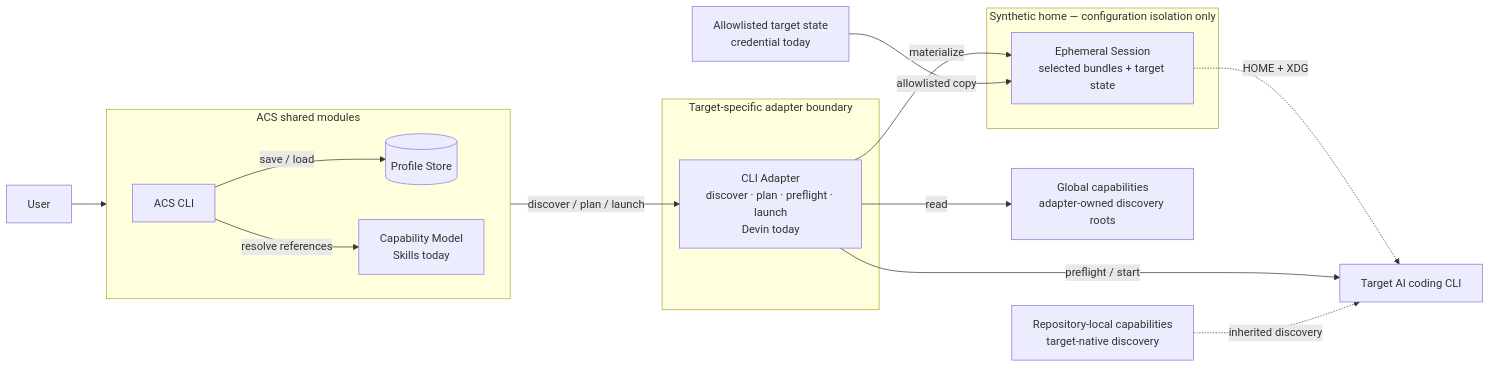
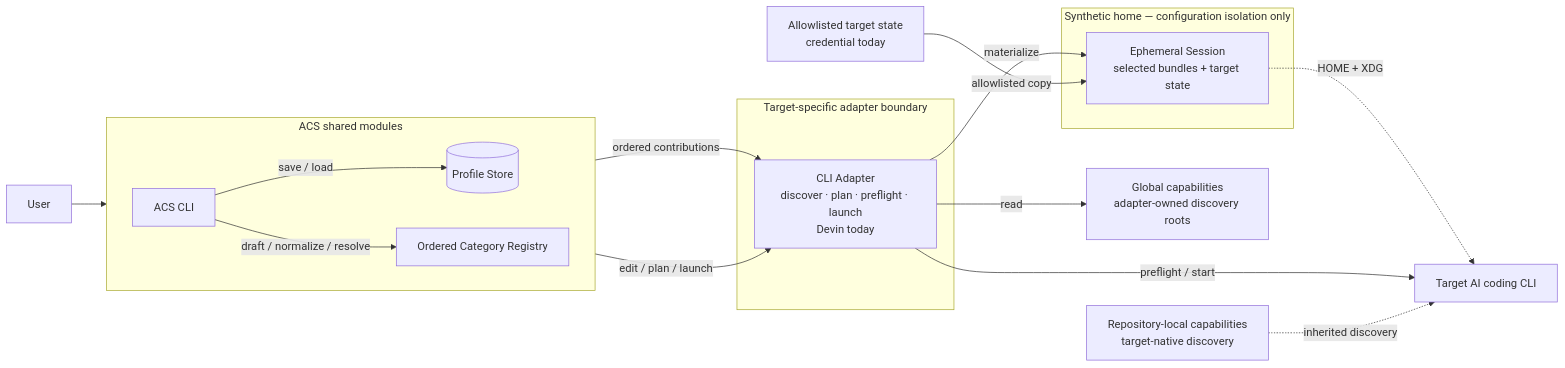
The first of 2 diagrams in docs/architecture.md (alcimerio/ai-config-selector), drawn with Mermaid before and after one commit. The commit also changed other lines of this file and 16 other files, not shown here.

First line of the commit message:
feat(profile): route execution through category registry (#25)

````diff
--- a/docs/architecture.md
+++ b/docs/architecture.md
@@ -70,37 +81,38 @@
 ```mermaid
 flowchart LR
     User[User]
 
     subgraph Core[ACS shared modules]
         direction LR
         CLI[ACS CLI]
         Profiles[(Profile Store)]
-        Capabilities[Capability Model<br/>Skills today]
+        Registry[Ordered Category Registry]
 
         CLI -->|save / load| Profiles
-        CLI -->|resolve references| Capabilities
+        CLI -->|draft / normalize / resolve| Registry
     end
 
     subgraph AdapterBoundary[Target-specific adapter boundary]
         Adapter[CLI Adapter<br/>discover · plan · preflight · launch<br/>Devin today]
     end
 
     Global[Global capabilities<br/>adapter-owned discovery roots]
     Allowed[Allowlisted target state<br/>credential today]
 
     subgraph SessionBoundary[Synthetic home — configuration isolation only]
         Session[Ephemeral Session<br/>selected bundles + target state]
     end
 
     Repository[Repository-local capabilities<br/>target-native discovery]
     Target[Target AI coding CLI]
 
     User --> CLI
-    CLI -->|discover / plan / launch| Adapter
+    Registry -->|ordered contributions| Adapter
+    CLI -->|edit / plan / launch| Adapter
     Adapter -->|read| Global
     Adapter -->|materialize| Session
     Allowed -->|allowlisted copy| Session
     Session -.->|HOME + XDG| Target
     Adapter -->|preflight / start| Target
     Repository -.->|inherited discovery| Target
 ```
````
